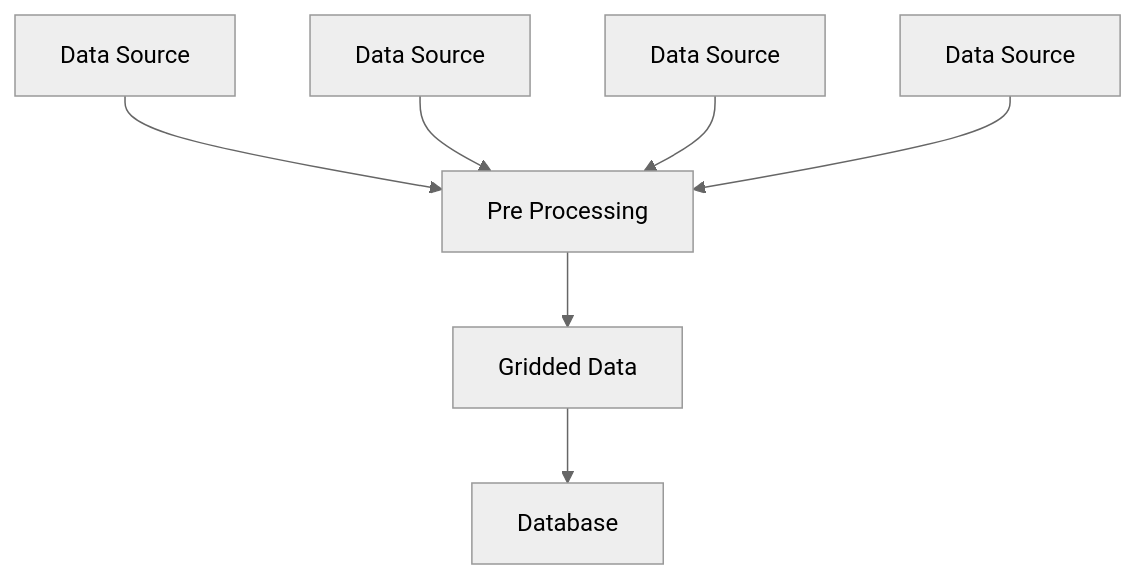
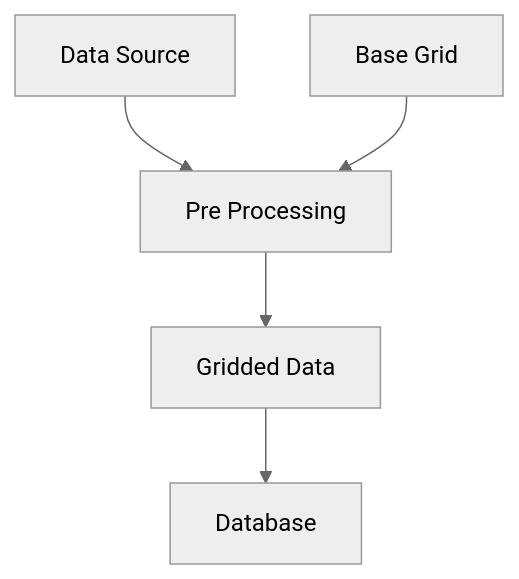
Before and after one commit to hugotseixas/tica-book: the third of 4 diagrams in 03_methods.qmd, drawn with Mermaid. The commit also changed other lines of this file and 3 other files, not shown here.

Commit message:
Change diagram engine for all diagrams.

````diff
--- a/03_methods.qmd
+++ b/03_methods.qmd
@@ -124,14 +92,11 @@
 ```{mermaid}
 %%| fig-responsive: true
-%%| fig-width: 100%
 %%{init: {'theme': 'neutral' } }%%
 
 flowchart TD
     A[Data Source] --> E[Pre Processing]
-    B[Data Source] --> E[Pre Processing]
-    C[Data Source] --> E[Pre Processing]
-    D[Data Source] --> E[Pre Processing]
+    B[Base Grid] --> E[Pre Processing]
     E[Pre Processing] --> F[Gridded Data]
     F[Gridded Data] --> G[Database]
 
 ```
````
